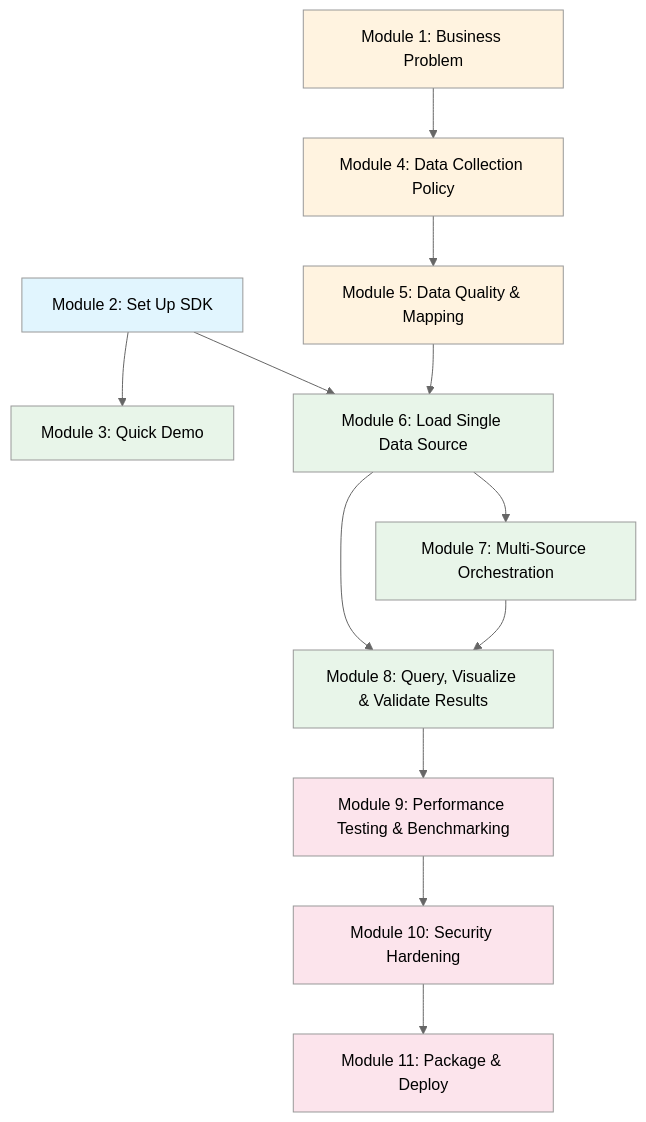
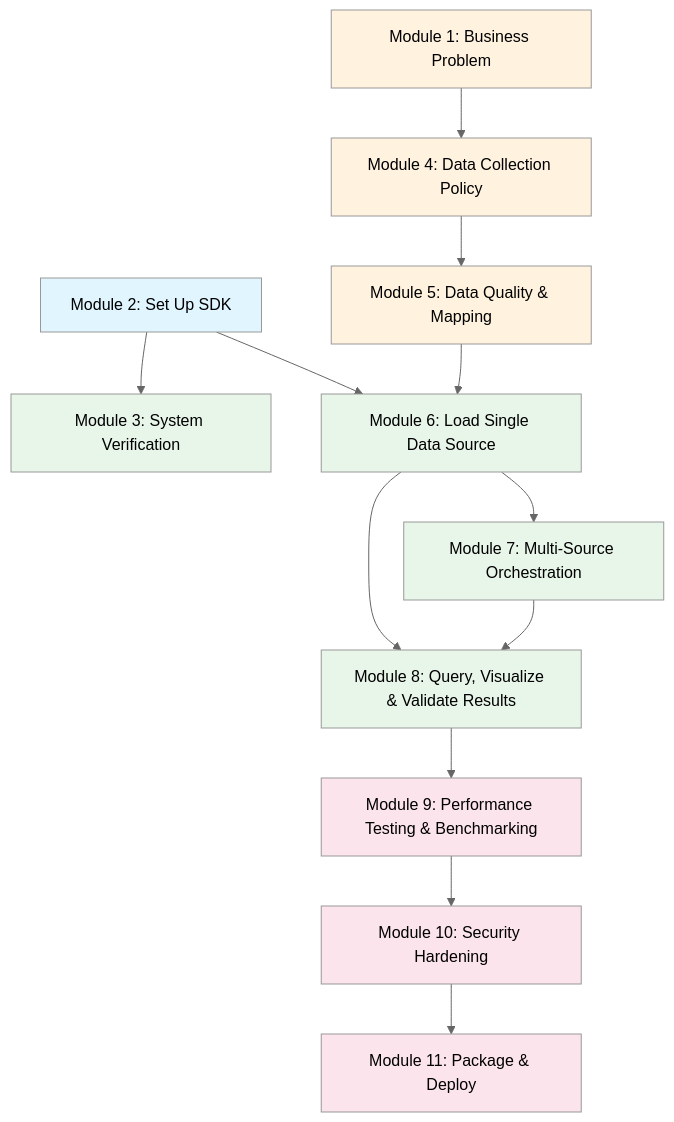
One commit to docktermj/senzing-bootcamp-kiro-powers changed the diagram in senzing-bootcamp/docs/diagrams/module-prerequisites.md. Above: the diagram before and after it, drawn with Mermaid (neutral theme). The commit also changed 74 other files, not shown here.

````diff
--- a/senzing-bootcamp/docs/diagrams/module-prerequisites.md
+++ b/senzing-bootcamp/docs/diagrams/module-prerequisites.md
@@ -5,29 +5,29 @@
 ```mermaid
 graph TD
-    M2[Module 2: Set Up SDK] --> M3[Module 3: Quick Demo]
+    M2[Module 2: Set Up SDK] --> M3[Module 3: System Verification]
     M2 --> M6[Module 6: Load Single Data Source]
 
     M1[Module 1: Business Problem] --> M4[Module 4: Data Collection Policy]
     M4 --> M5[Module 5: Data Quality & Mapping]
     M5 --> M6
 
     M6 --> M7[Module 7: Multi-Source Orchestration]
     M6 --> M8[Module 8: Query, Visualize & Validate Results]
     M7 --> M8
 
     M8 --> M9[Module 9: Performance Testing & Benchmarking]
     M9 --> M10[Module 10: Security Hardening]
     M10 --> M11[Module 11: Package & Deploy]
 
     style M1 fill:#fff3e0
     style M2 fill:#e1f5fe
     style M3 fill:#e8f5e9
     style M4 fill:#fff3e0
     style M5 fill:#fff3e0
     style M6 fill:#e8f5e9
     style M7 fill:#e8f5e9
     style M8 fill:#e8f5e9
     style M9 fill:#fce4ec
     style M10 fill:#fce4ec
     style M11 fill:#fce4ec
 ```
````
